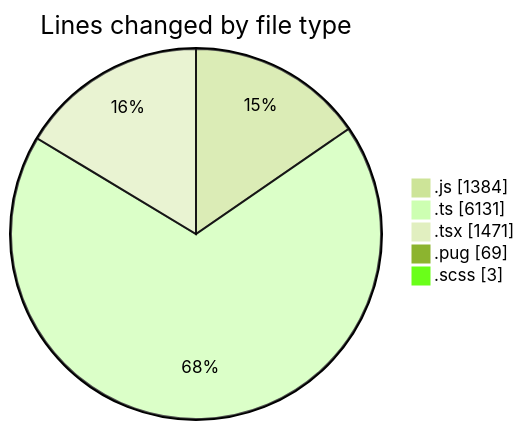
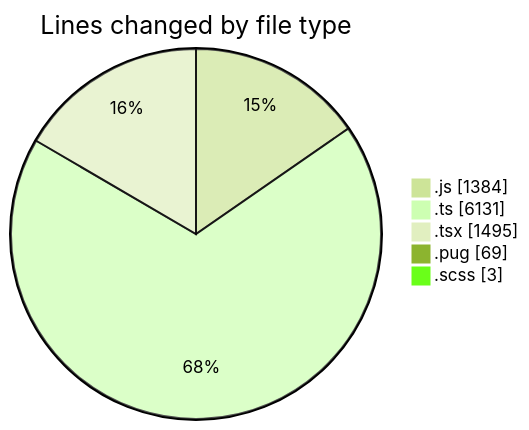
One commit to momahboobian/code-tracking changed the first of 2 diagrams in 2025-03-25/cda/README.md. Above: the diagram before and after it, drawn with Mermaid (forest theme). The commit also changed other lines of this file and 1 other file, not shown here.

````diff
--- a/2025-03-25/cda/README.md
+++ b/2025-03-25/cda/README.md
@@ -38,9 +38,9 @@
 ```mermaid
 pie showData
 title Lines changed by file type
 ".js" : 1384
 ".ts" : 6131
-".tsx" : 1471
+".tsx" : 1495
 ".pug" : 69
 ".scss" : 3
 ```
````
